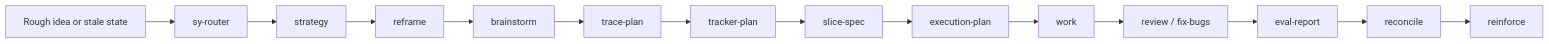
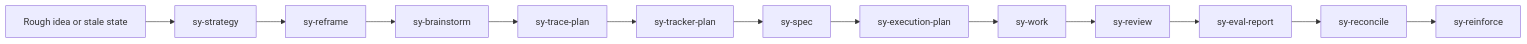
The diagram in Plugins/synaipse-harness/README.md (jscraik/Agent-Skills), drawn with Mermaid before and after one commit. The commit also changed other lines of this file and 77 other files, not shown here.

````diff
--- a/Plugins/synaipse-harness/README.md
+++ b/Plugins/synaipse-harness/README.md
@@ -33,16 +43,15 @@
 ```mermaid
 flowchart LR
-  A["Rough idea or stale state"] --> B["sy-router"]
-  B --> C["strategy"]
-  C --> D["reframe"]
-  D --> E["brainstorm"]
-  E --> F["trace-plan"]
-  F --> G["tracker-plan"]
-  G --> H["slice-spec"]
-  H --> I["execution-plan"]
-  I --> J["work"]
-  J --> K["review / fix-bugs"]
-  K --> L["eval-report"]
-  L --> M["reconcile"]
-  M --> N["reinforce"]
+  A["Rough idea or stale state"] --> B["sy-strategy"]
+  B --> C["sy-reframe"]
+  C --> D["sy-brainstorm"]
+  D --> E["sy-trace-plan"]
+  E --> F["sy-tracker-plan"]
+  F --> G["sy-spec"]
+  G --> H["sy-execution-plan"]
+  H --> I["sy-work"]
+  I --> J["sy-review"]
+  J --> K["sy-eval-report"]
+  K --> L["sy-reconcile"]
+  L --> M["sy-reinforce"]
 ```
````
